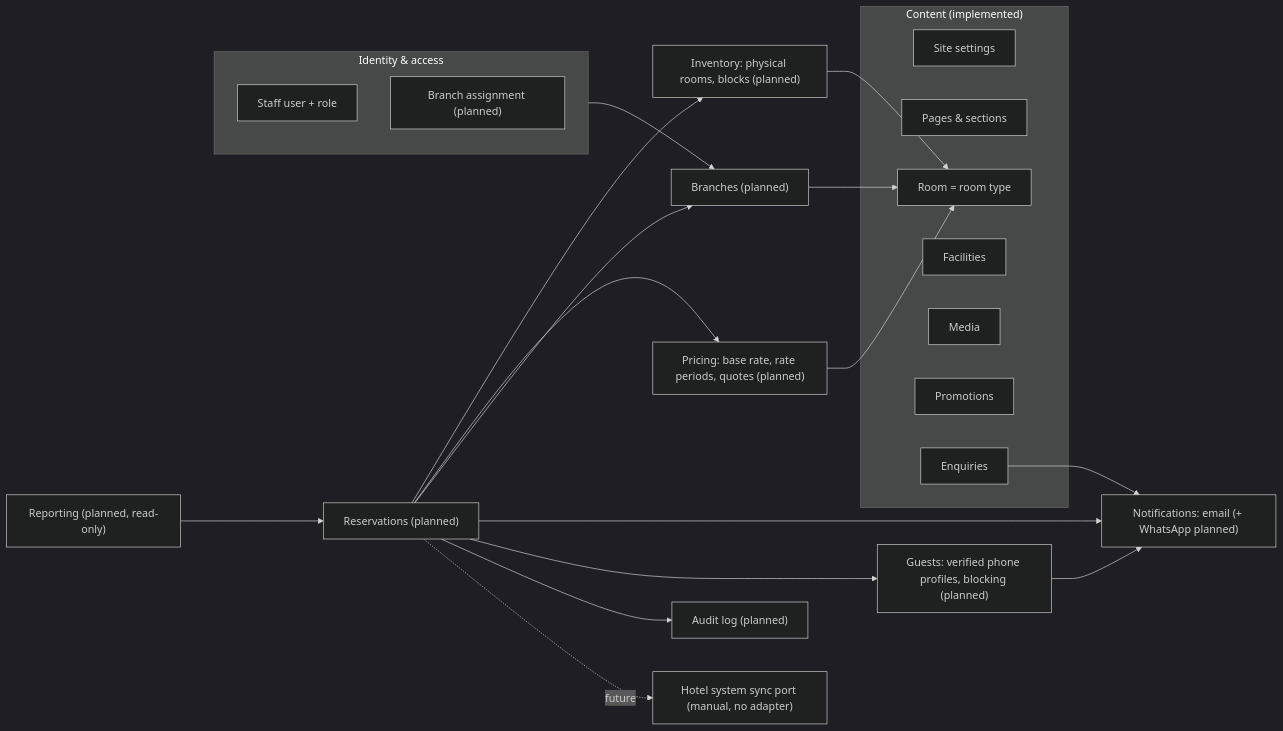
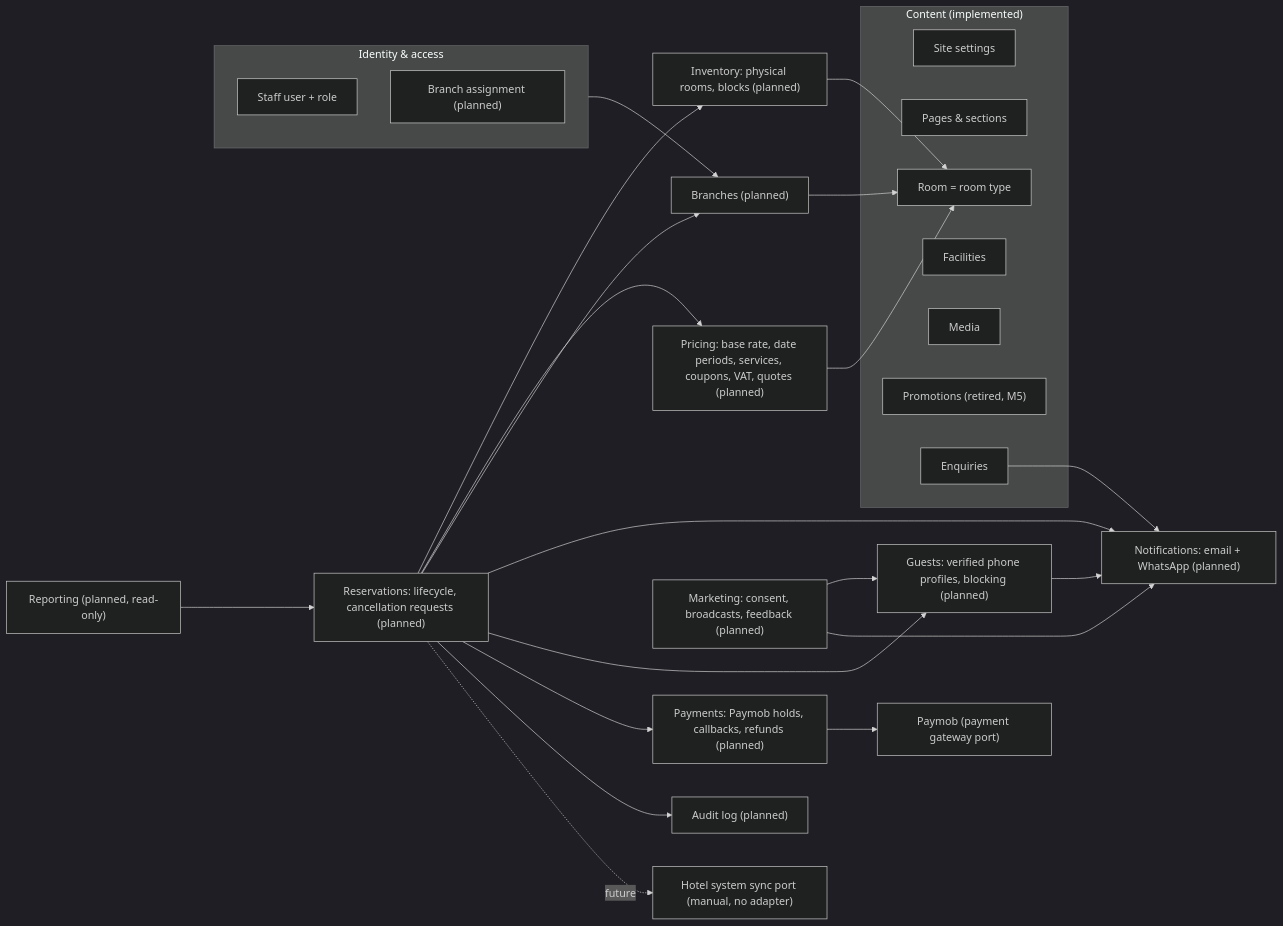
One commit to mohamedmosilhy/Rivana-Residence changed the first of 2 diagrams in docs/domain/domain-model.md. Above: the diagram before and after it, drawn with Mermaid (dark theme). The commit also changed other lines of this file and 73 other files, not shown here.

````diff
--- a/docs/domain/domain-model.md
+++ b/docs/domain/domain-model.md
@@ -9,40 +9,47 @@
 ```mermaid
 flowchart LR
   subgraph Content["Content (implemented)"]
     Settings["Site settings"]
     Pages["Pages & sections"]
     Room["Room = room type"]
     Facilities
     Media
-    Promotions
+    Promotions["Promotions (retired, M5)"]
     Enquiries
   end
   subgraph IAM["Identity & access"]
     Staff["Staff user + role"]
     Assign["Branch assignment (planned)"]
   end
   Branches["Branches (planned)"]
   Inventory["Inventory: physical rooms, blocks (planned)"]
-  Pricing["Pricing: base rate, rate periods, quotes (planned)"]
-  Reservations["Reservations (planned)"]
+  Pricing["Pricing: base rate, date periods, services, coupons, VAT, quotes (planned)"]
+  Reservations["Reservations: lifecycle, cancellation requests (planned)"]
+  Payments["Payments: Paymob holds, callbacks, refunds (planned)"]
+  Marketing["Marketing: consent, broadcasts, feedback (planned)"]
   Reporting["Reporting (planned, read-only)"]
   Audit["Audit log (planned)"]
   Guests["Guests: verified phone profiles, blocking (planned)"]
-  Notify["Notifications: email (+ WhatsApp planned)"]
+  Notify["Notifications: email + WhatsApp (planned)"]
+  PSP["Paymob (payment gateway port)"]
+  Payments --> PSP
   PMS["Hotel system sync port (manual, no adapter)"]
 
   Branches --> Room
   Inventory --> Room
   Pricing --> Room
   Reservations --> Inventory
   Reservations --> Pricing
   Reservations --> Branches
   Reservations --> Notify
   Reservations --> Guests
+  Reservations --> Payments
+  Marketing --> Guests
+  Marketing --> Notify
   Guests --> Notify
   Enquiries --> Notify
   Reservations --> Audit
   Reporting --> Reservations
   Reservations -. future .-> PMS
   IAM --> Branches
 ```
````
